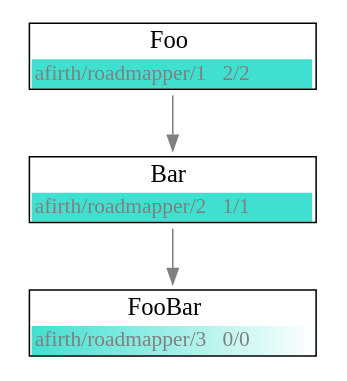
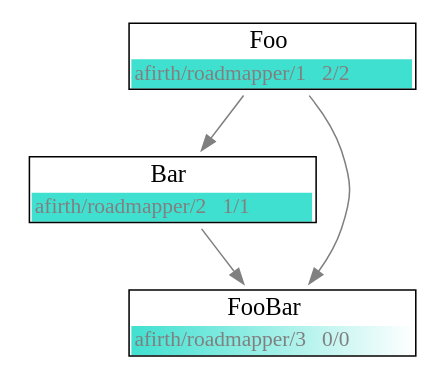
One commit to afirth/roadmapper changed the diagram in output/roadmapper.dot. Above: the diagram before and after it, drawn with Graphviz. The commit also changed 2 other files, not shown here.

```diff
--- a/output/roadmapper.dot
+++ b/output/roadmapper.dot
@@ -1,38 +1,39 @@
 
 digraph {
   node [shape=plaintext fontsize=16,bgcolor=white,  fillcolor=white, style=filled]
   edge [length=100, color=gray, fontcolor=black]
 "afirth_roadmapper_1" [label=<
  <TABLE HREF="https://github.com/afirth/roadmapper/milestone/1" BORDER="1" cellspacing="0" cellborder="0">
     <TR>
         <TD>Foo</TD>
     </TR>
     <TR>
         <TD bgcolor="Turquoise;0.99:white"><FONT POINT-SIZE="14.0" COLOR="gray">afirth/roadmapper/1   2/2</FONT></TD>
     </TR>
   </TABLE>>];
     
   "afirth_roadmapper_2" [label=<
  <TABLE HREF="https://github.com/afirth/roadmapper/milestone/2" BORDER="1" cellspacing="0" cellborder="0">
     <TR>
         <TD>Bar</TD>
     </TR>
     <TR>
         <TD bgcolor="Turquoise;0.99:white"><FONT POINT-SIZE="14.0" COLOR="gray">afirth/roadmapper/2   1/1</FONT></TD>
     </TR>
   </TABLE>>];
     "afirth_roadmapper_1" -> "afirth_roadmapper_2";
     
   "afirth_roadmapper_3" [label=<
  <TABLE HREF="https://github.com/afirth/roadmapper/milestone/3" BORDER="1" cellspacing="0" cellborder="0">
     <TR>
         <TD>FooBar</TD>
     </TR>
     <TR>
         <TD bgcolor="Turquoise;0:white"><FONT POINT-SIZE="14.0" COLOR="gray">afirth/roadmapper/3   0/0</FONT></TD>
     </TR>
   </TABLE>>];
+    "afirth_roadmapper_1" -> "afirth_roadmapper_3";
     "afirth_roadmapper_2" -> "afirth_roadmapper_3";
     
   
 }
```
